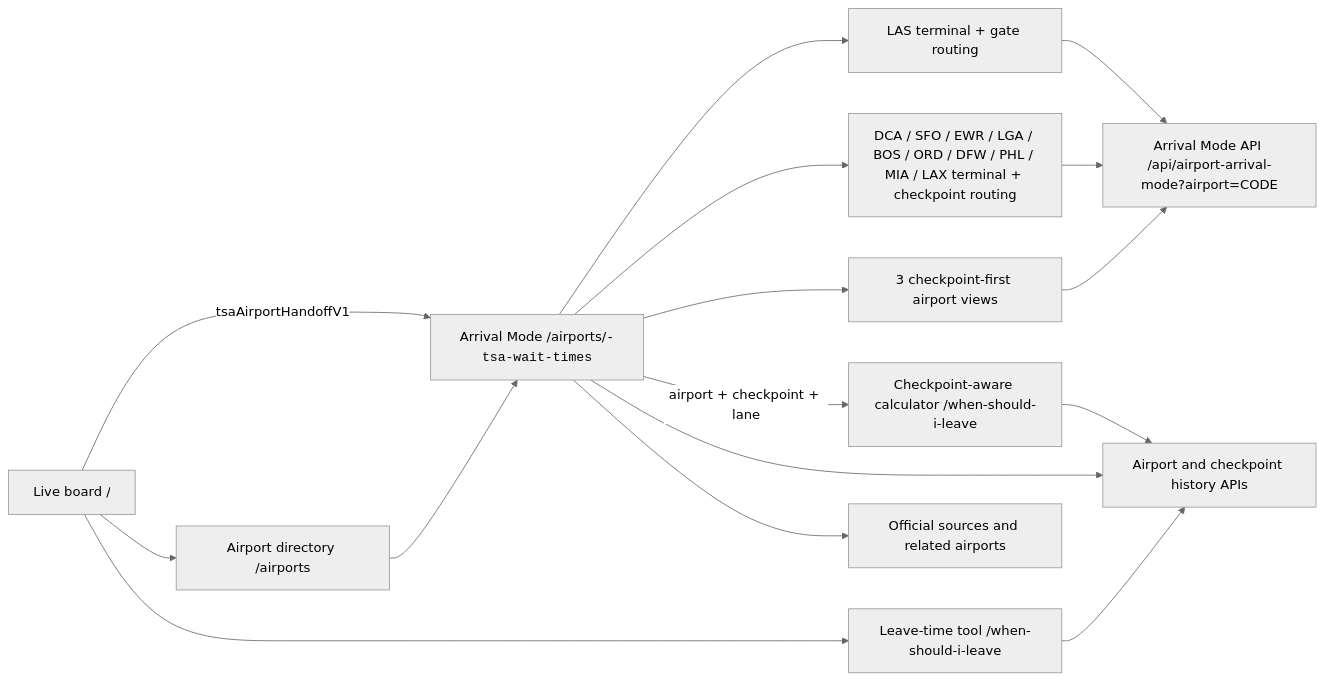
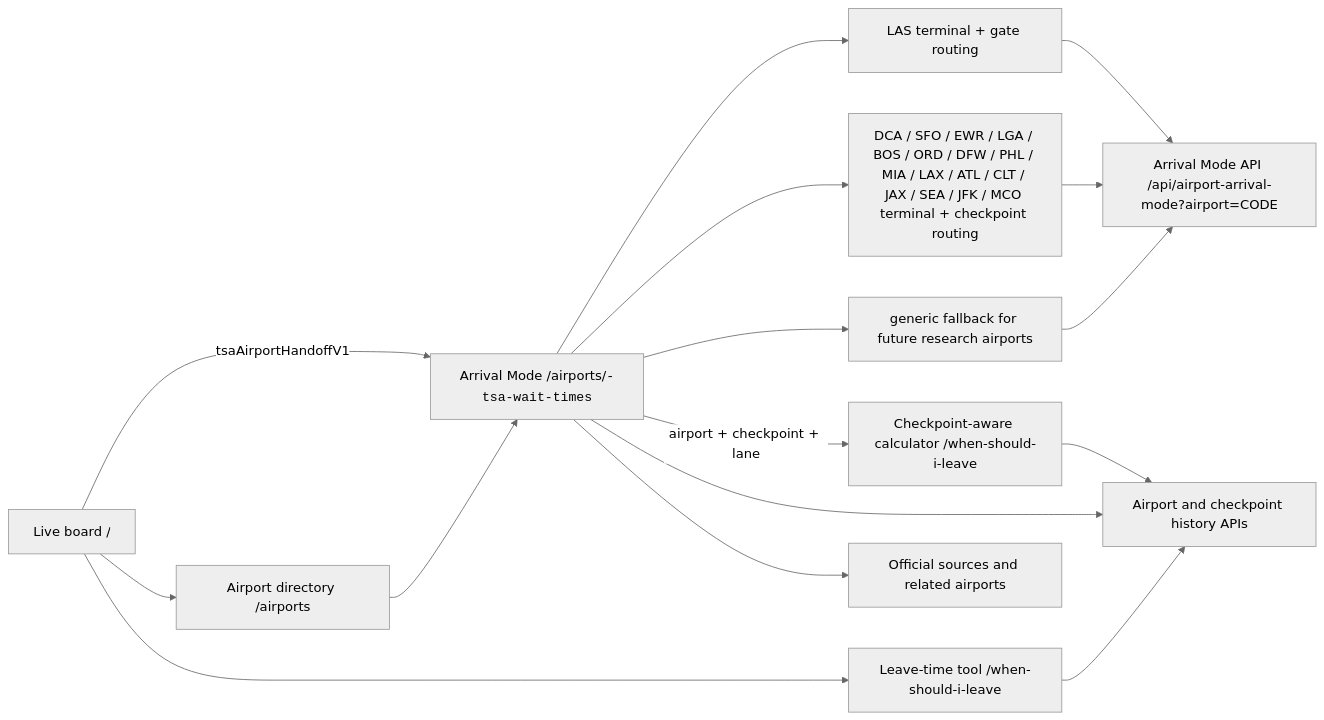
Before and after one commit to benbirkhahn/Tsatracker.com: the diagram in docs/wayfinding-atlas-redesign.md, drawn with Mermaid (neutral theme). The commit also changed other lines of this file and 2 other files, not shown here.

Commit message:
Add JFK and MCO arrival mode coverage

````diff
--- a/docs/wayfinding-atlas-redesign.md
+++ b/docs/wayfinding-atlas-redesign.md
@@ -50,18 +50,18 @@
 ```mermaid
 flowchart LR
   Home["Live board /"] -->|"tsaAirportHandoffV1"| Arrival["Arrival Mode /airports/<code>-tsa-wait-times"]
   Home --> Directory["Airport directory /airports"]
   Home --> Calculator["Leave-time tool /when-should-i-leave"]
   Directory --> Arrival
   Arrival --> LAS["LAS terminal + gate routing"]
-  Arrival --> TerminalCheckpoint["DCA / SFO / EWR / LGA / BOS / ORD / DFW / PHL / MIA / LAX terminal + checkpoint routing"]
-  Arrival --> Generic["3 checkpoint-first airport views"]
+  Arrival --> TerminalCheckpoint["DCA / SFO / EWR / LGA / BOS / ORD / DFW / PHL / MIA / LAX / ATL / CLT / JAX / SEA / JFK / MCO terminal + checkpoint routing"]
+  Arrival --> Generic["generic fallback for future research airports"]
   LAS --> ArrivalAPI["Arrival Mode API /api/airport-arrival-mode?airport=CODE"]
   TerminalCheckpoint --> ArrivalAPI
   Generic --> ArrivalAPI
   Arrival -->|"airport + checkpoint + lane"| CheckpointCalculator["Checkpoint-aware calculator /when-should-i-leave"]
   CheckpointCalculator --> History["Airport and checkpoint history APIs"]
   Arrival --> History
   Calculator --> History
   Arrival --> Guides["Official sources and related airports"]
 ```
````
